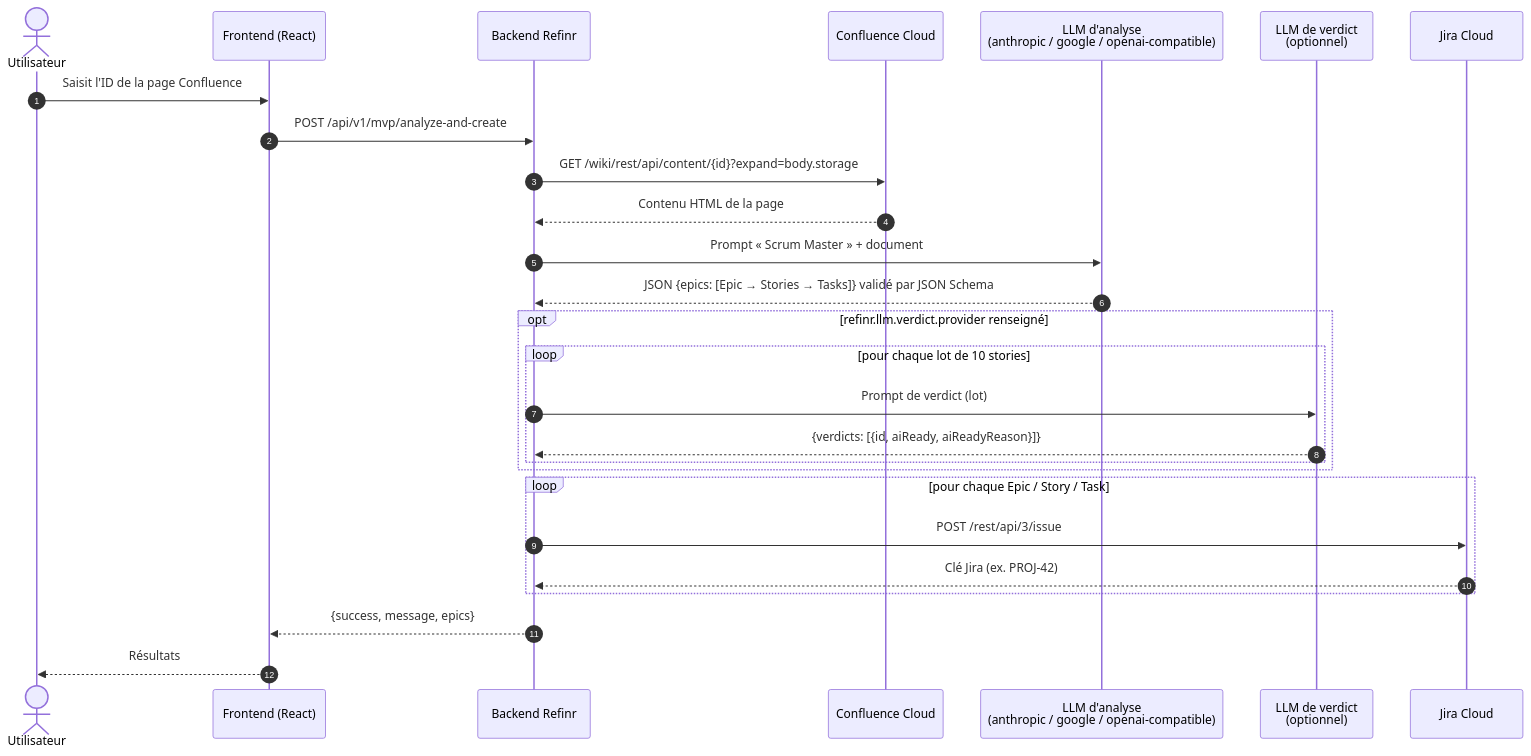
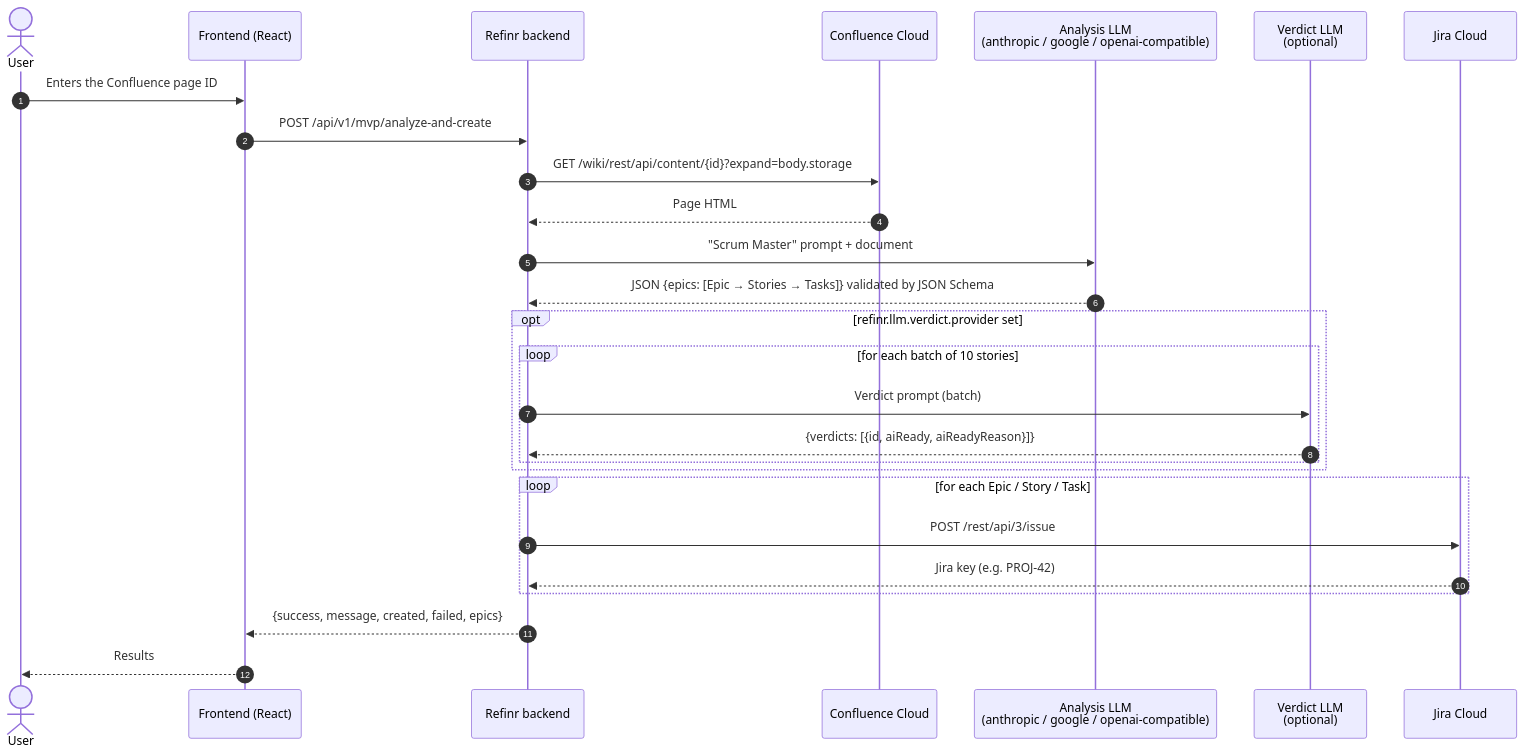
Before and after one commit to chams-bensalem/refinr: the first of 2 diagrams in README.md, drawn with Mermaid. The commit also changed other lines of this file and 8 other files, not shown here.

````diff
--- a/README.md
+++ b/README.md
@@ -111,30 +126,30 @@
 ```mermaid
 sequenceDiagram
     autonumber
-    actor U as Utilisateur
+    actor U as User
     participant F as Frontend (React)
-    participant B as Backend Refinr
+    participant B as Refinr backend
     participant C as Confluence Cloud
-    participant A as LLM d'analyse<br/>(anthropic / google / openai-compatible)
-    participant V as LLM de verdict<br/>(optionnel)
+    participant A as Analysis LLM<br/>(anthropic / google / openai-compatible)
+    participant V as Verdict LLM<br/>(optional)
     participant J as Jira Cloud
 
-    U->>F: Saisit l'ID de la page Confluence
+    U->>F: Enters the Confluence page ID
     F->>B: POST /api/v1/mvp/analyze-and-create
     B->>C: GET /wiki/rest/api/content/{id}?expand=body.storage
-    C-->>B: Contenu HTML de la page
-    B->>A: Prompt « Scrum Master » + document
-    A-->>B: JSON {epics: [Epic → Stories → Tasks]} validé par JSON Schema
-    opt refinr.llm.verdict.provider renseigné
-        loop pour chaque lot de 10 stories
-            B->>V: Prompt de verdict (lot)
+    C-->>B: Page HTML
+    B->>A: "Scrum Master" prompt + document
+    A-->>B: JSON {epics: [Epic → Stories → Tasks]} validated by JSON Schema
+    opt refinr.llm.verdict.provider set
+        loop for each batch of 10 stories
+            B->>V: Verdict prompt (batch)
             V-->>B: {verdicts: [{id, aiReady, aiReadyReason}]}
         end
     end
-    loop pour chaque Epic / Story / Task
+    loop for each Epic / Story / Task
         B->>J: POST /rest/api/3/issue
-        J-->>B: Clé Jira (ex. PROJ-42)
+        J-->>B: Jira key (e.g. PROJ-42)
     end
-    B-->>F: {success, message, epics}
-    F-->>U: Résultats
+    B-->>F: {success, message, created, failed, epics}
+    F-->>U: Results
 ```
````
